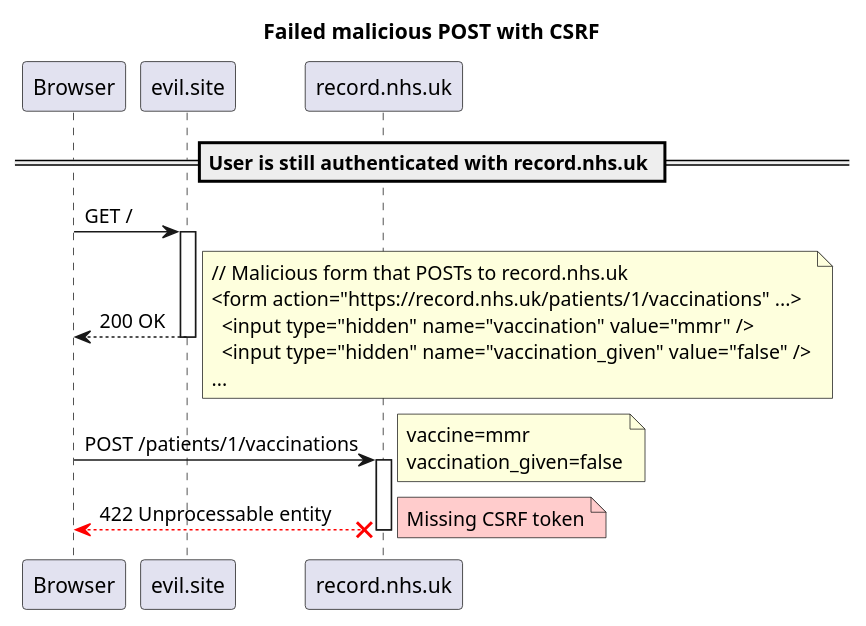
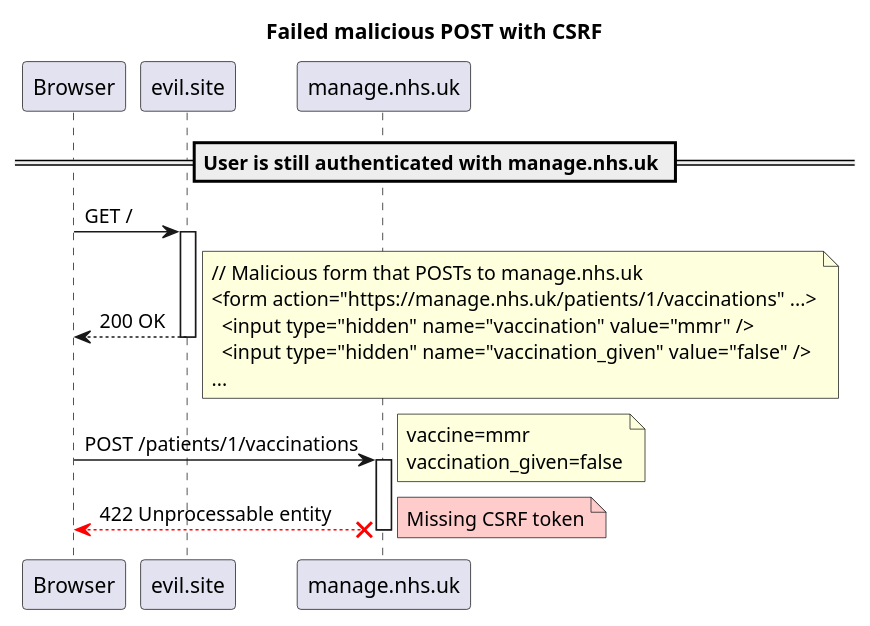
One commit to nhsuk/manage-vaccinations-in-schools changed the diagram in docs/diagrams/failed-malicious-post-with-csrf.puml. Above: the diagram before and after it, drawn with PlantUML. The commit also changed 14 other files, not shown here.

Commit message:
Rename record to manage

```diff
--- a/docs/diagrams/failed-malicious-post-with-csrf.puml
+++ b/docs/diagrams/failed-malicious-post-with-csrf.puml
@@ -1,30 +1,30 @@
 @startuml
 
 title Failed malicious POST with CSRF
 
 autoactivate on
 
-== User is still authenticated with record.nhs.uk ==
+== User is still authenticated with manage.nhs.uk ==
 
 Browser -> evil.site: GET /
 return 200 OK
 note right
-    // Malicious form that POSTs to record.nhs.uk
-    <form action="https://record.nhs.uk/patients/1/vaccinations" ...>
+    // Malicious form that POSTs to manage.nhs.uk
+    <form action="https://manage.nhs.uk/patients/1/vaccinations" ...>
       <input type="hidden" name="vaccination" value="mmr" />
       <input type="hidden" name="vaccination_given" value="false" />
     ...
 end note
 
-Browser -> record.nhs.uk: POST /patients/1/vaccinations
+Browser -> manage.nhs.uk: POST /patients/1/vaccinations
 note right
     vaccine=mmr
     vaccination_given=false
 end note
-Browser <-[#red]-x record.nhs.uk: 422 Unprocessable entity
-deactivate record.nhs.uk
+Browser <-[#red]-x manage.nhs.uk: 422 Unprocessable entity
+deactivate manage.nhs.uk
 note right #FCC
     Missing CSRF token
 end note
 
 @enduml
```
